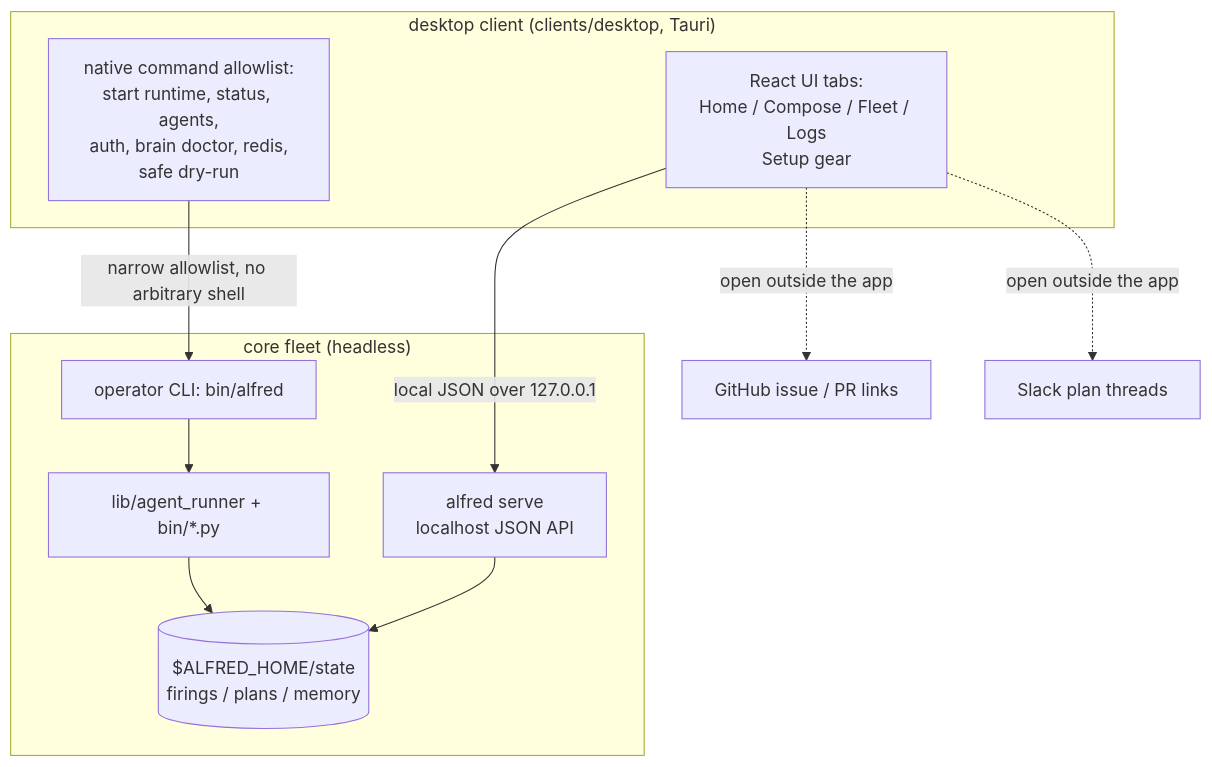
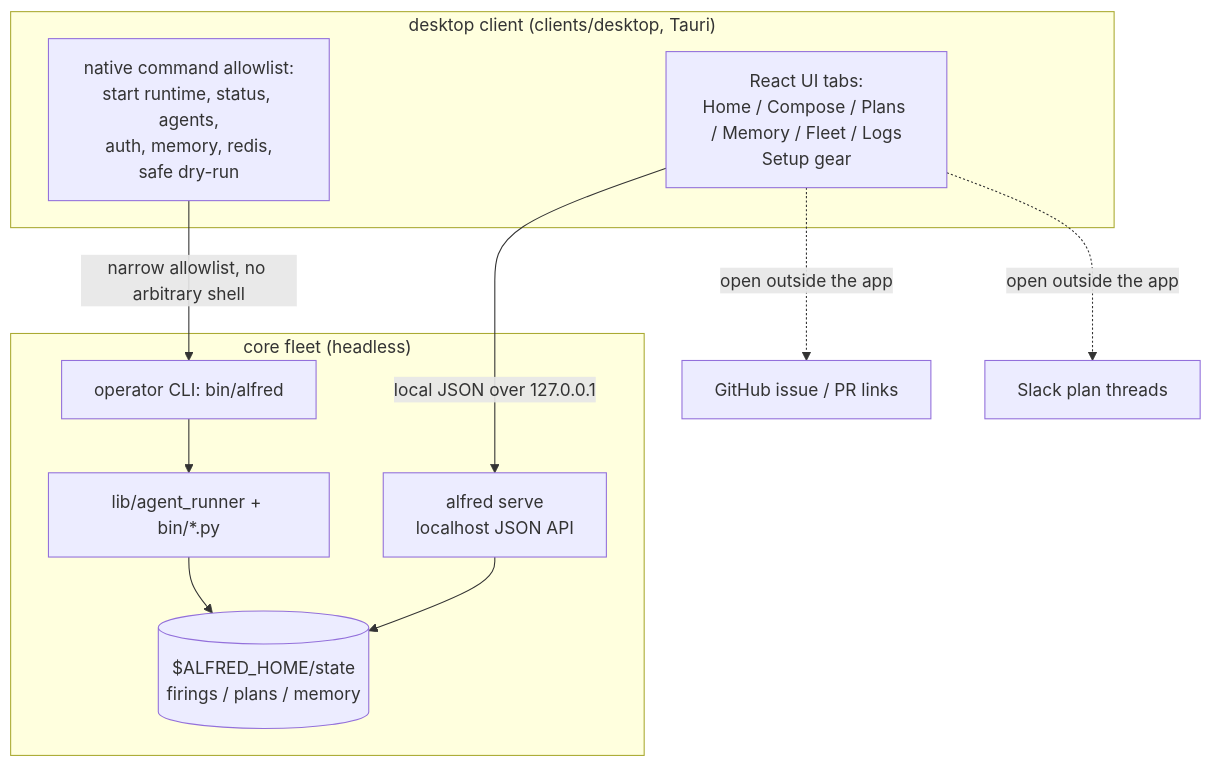
One commit to luminik-io/alfred-os changed the diagram in site/src/content/docs/concepts/desktop-client.md. Above: the diagram before and after it, drawn with Mermaid. The commit also changed other lines of this file and 34 other files, not shown here.

First line of the commit message:
Add native memory review controls (#174)

````diff
--- a/site/src/content/docs/concepts/desktop-client.md
+++ b/site/src/content/docs/concepts/desktop-client.md
@@ -20,25 +20,25 @@
 ```mermaid
 flowchart TB
     subgraph client["desktop client (clients/desktop, Tauri)"]
-        ui["React UI tabs:<br/>Home / Compose / Fleet / Logs<br/>Setup gear"]
-        native["native command allowlist:<br/>start runtime, status, agents,<br/>auth, brain doctor, redis,<br/>safe dry-run"]
+        ui["React UI tabs:<br/>Home / Compose / Plans / Memory / Fleet / Logs<br/>Setup gear"]
+        native["native command allowlist:<br/>start runtime, status, agents,<br/>auth, memory, redis,<br/>safe dry-run"]
     end
 
     subgraph core["core fleet (headless)"]
         serve["alfred serve<br/>localhost JSON API"]
         state[("$ALFRED_HOME/state<br/>firings / plans / memory")]
         cli["operator CLI: bin/alfred"]
         fleet["lib/agent_runner + bin/*.py"]
     end
 
     gh["GitHub issue / PR links"]
     slackthread["Slack plan threads"]
 
     ui -->|local JSON over 127.0.0.1| serve
     native -->|narrow allowlist, no arbitrary shell| cli
     serve --> state
     cli --> fleet
     fleet --> state
     ui -.->|open outside the app| gh
     ui -.->|open outside the app| slackthread
 ```
````
